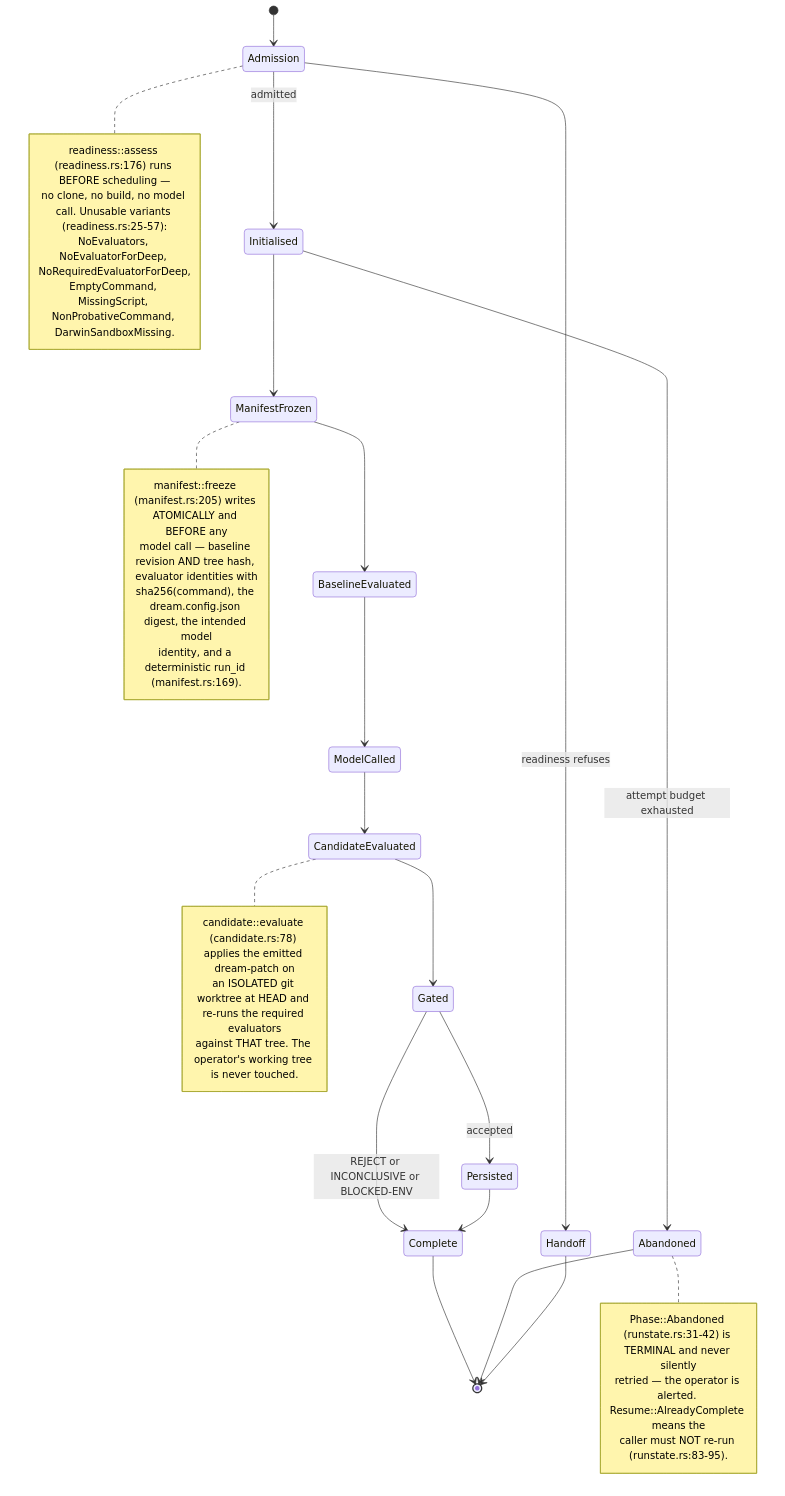
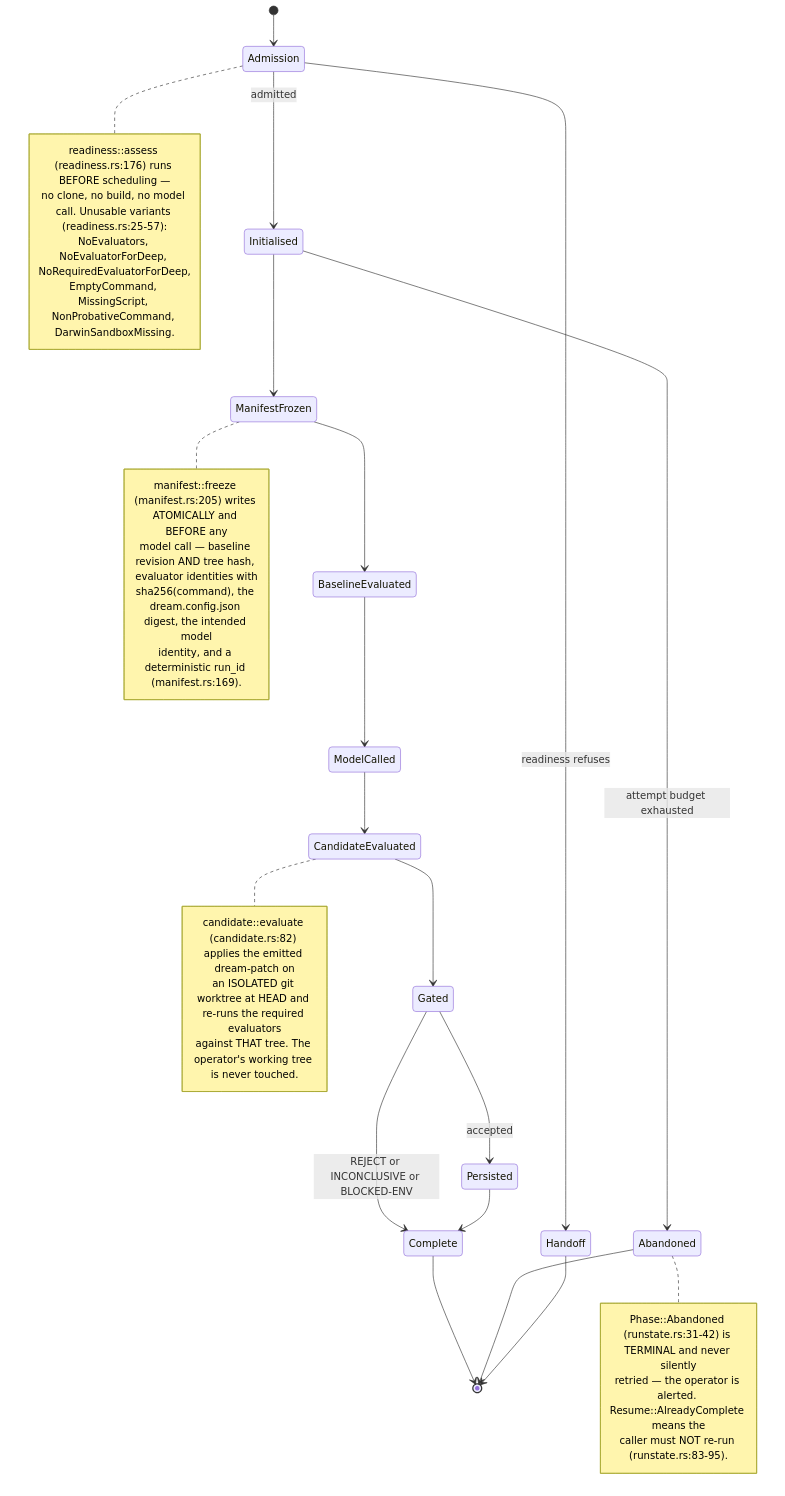
The first of 20 diagrams in docs/diagrams/agentbox/23-dream-engine.md (DreamLab-AI/VisionFlow), drawn with Mermaid before and after one commit. The commit also changed other lines of this file and 80 other files, not shown here.

First line of the commit message:
docs(diagrams): re-verify the agentbox, dreamlab, estate and visionflow corpus against current sources

````diff
--- a/docs/diagrams/agentbox/23-dream-engine.md
+++ b/docs/diagrams/agentbox/23-dream-engine.md
@@ -60,40 +61,40 @@
 ```mermaid
 stateDiagram-v2
     [*] --> Admission
     Admission --> Handoff : readiness refuses
     note right of Admission
         readiness::assess (readiness.rs:176) runs BEFORE scheduling —
         no clone, no build, no model call. Unusable variants (readiness.rs:25-57):
         NoEvaluators, NoEvaluatorForDeep, NoRequiredEvaluatorForDeep,
         EmptyCommand, MissingScript, NonProbativeCommand, DarwinSandboxMissing.
     end note
     Admission --> Initialised : admitted
     Initialised --> ManifestFrozen
     note right of ManifestFrozen
         manifest::freeze (manifest.rs:205) writes ATOMICALLY and BEFORE any
         model call — baseline revision AND tree hash, evaluator identities with
         sha256(command), the dream.config.json digest, the intended model
         identity, and a deterministic run_id (manifest.rs:169).
     end note
     ManifestFrozen --> BaselineEvaluated
     BaselineEvaluated --> ModelCalled
     ModelCalled --> CandidateEvaluated
     note right of CandidateEvaluated
-        candidate::evaluate (candidate.rs:78) applies the emitted dream-patch on
+        candidate::evaluate (candidate.rs:82) applies the emitted dream-patch on
         an ISOLATED git worktree at HEAD and re-runs the required evaluators
         against THAT tree. The operator's working tree is never touched.
     end note
     CandidateEvaluated --> Gated
     Gated --> Persisted : accepted
     Gated --> Complete : REJECT or INCONCLUSIVE or BLOCKED-ENV
     Persisted --> Complete
     Complete --> [*]
     Initialised --> Abandoned : attempt budget exhausted
     note right of Abandoned
         Phase::Abandoned (runstate.rs:31-42) is TERMINAL and never silently
         retried — the operator is alerted. Resume::AlreadyComplete means the
         caller must NOT re-run (runstate.rs:83-95).
     end note
     Abandoned --> [*]
     Handoff --> [*]
 ```
````
